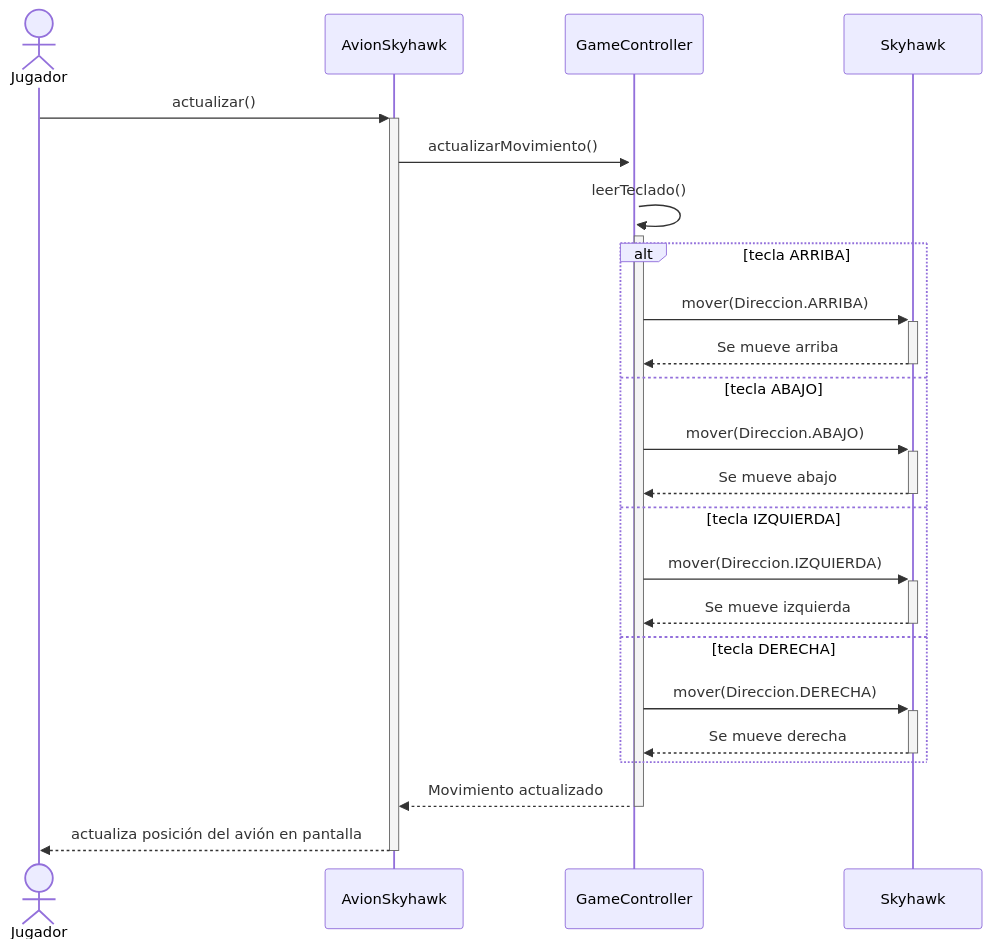
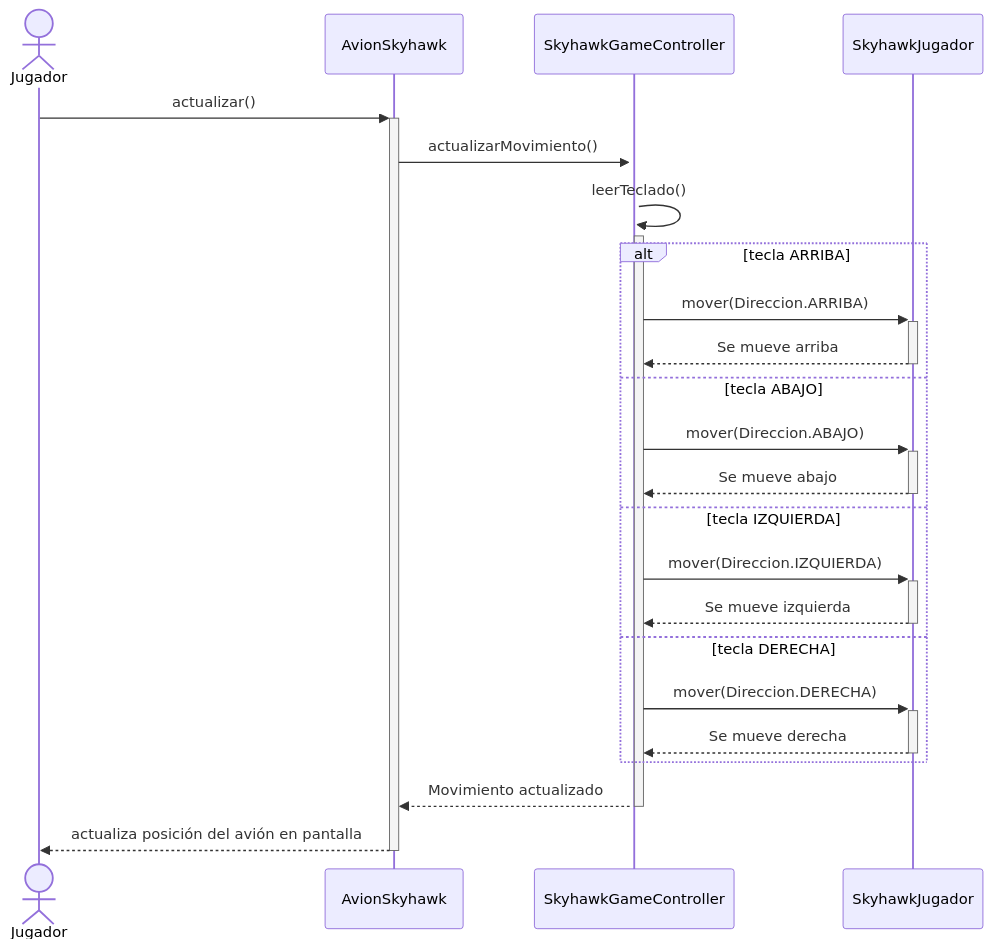
One commit to chiaraarego/Grupo-2---Skyhawk changed the second of 6 diagrams in Diagramas/diagram_Secuencias_Actualizados.md. Above: the diagram before and after it, drawn with Mermaid.

````diff
--- a/Diagramas/diagram_Secuencias_Actualizados.md
+++ b/Diagramas/diagram_Secuencias_Actualizados.md
@@ -41,35 +41,35 @@
 ```mermaid
 sequenceDiagram
     actor Jugador
     participant AvionSkyhawk
-    participant GameController
-    participant Skyhawk
+    participant SkyhawkGameController
+    participant SkyhawkJugador
 
     Jugador ->> +AvionSkyhawk : actualizar()
 
-    AvionSkyhawk ->> +GameController : actualizarMovimiento()
+    AvionSkyhawk ->> +SkyhawkGameController : actualizarMovimiento()
 
     %% Abre la activación interna para leer el teclado
-    GameController ->> +GameController : leerTeclado()
+    SkyhawkGameController ->> +SkyhawkGameController : leerTeclado()
 
     alt tecla ARRIBA
-        GameController ->> +Skyhawk : mover(Direccion.ARRIBA)
-        Skyhawk -->> -GameController : Se mueve arriba
+        SkyhawkGameController ->> +SkyhawkJugador : mover(Direccion.ARRIBA)
+        SkyhawkJugador -->> -SkyhawkGameController : Se mueve arriba
     else tecla ABAJO
-        GameController ->> +Skyhawk : mover(Direccion.ABAJO)
-        Skyhawk -->> -GameController : Se mueve abajo
+        SkyhawkGameController ->> +SkyhawkJugador : mover(Direccion.ABAJO)
+        SkyhawkJugador -->> -SkyhawkGameController : Se mueve abajo
     else tecla IZQUIERDA
-        GameController ->> +Skyhawk : mover(Direccion.IZQUIERDA)
-        Skyhawk -->> -GameController : Se mueve izquierda
+        SkyhawkGameController ->> +SkyhawkJugador : mover(Direccion.IZQUIERDA)
+        SkyhawkJugador -->> -SkyhawkGameController : Se mueve izquierda
     else tecla DERECHA
-        GameController ->> +Skyhawk : mover(Direccion.DERECHA)
-        Skyhawk -->> -GameController : Se mueve derecha
+        SkyhawkGameController ->> +SkyhawkJugador : mover(Direccion.DERECHA)
+        SkyhawkJugador -->> -SkyhawkGameController : Se mueve derecha
     end
 
     
     %% Retorna el flujo al objeto principal de la app
-    GameController -->> -AvionSkyhawk : Movimiento actualizado
+    SkyhawkGameController -->> -AvionSkyhawk : Movimiento actualizado
 
     %% RESPUESTA FINAL AL JUGADOR:
     AvionSkyhawk -->> -Jugador : actualiza posición del avión en pantalla
 ```
````
